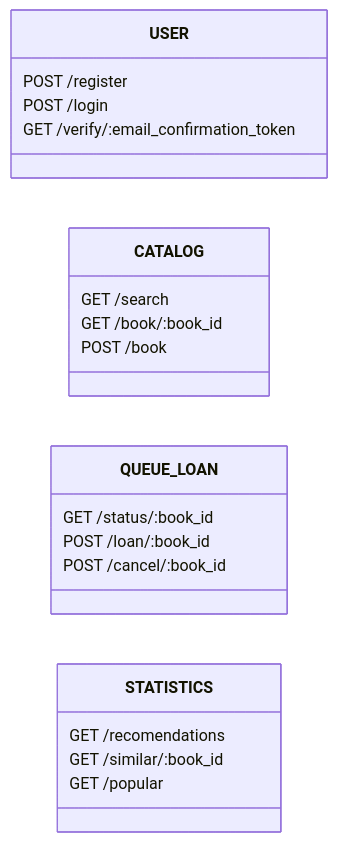
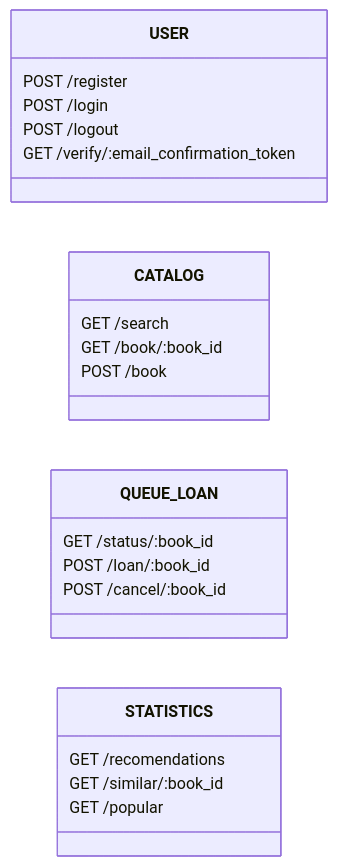
One commit to Ki4EH/lib-service changed the second of 2 diagrams in README.md. Above: the diagram before and after it, drawn with Mermaid.

````diff
--- a/README.md
+++ b/README.md
@@ -69,30 +69,31 @@
 ```mermaid
 classDiagram
 direction LR
 class USER{
     POST /register
     POST /login
+    POST /logout
     GET /verify/:email_confirmation_token
 }
 
 direction LR
 class CATALOG{
     GET /search
     GET /book/:book_id
     POST /book
 }
 
 direction LR
 class QUEUE_LOAN{
     GET /status/:book_id
     POST /loan/:book_id
     POST /cancel/:book_id
 }
 
 direction LR
 class STATISTICS{
     GET /recomendations
     GET /similar/:book_id
     GET /popular
 }
 ```
````
